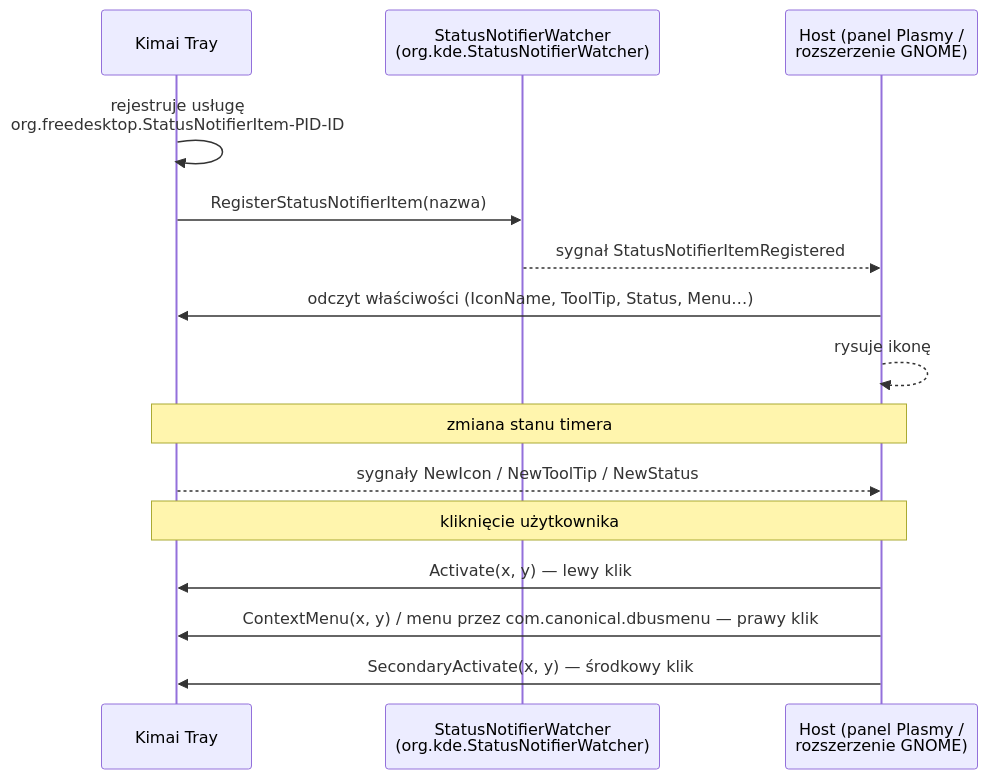
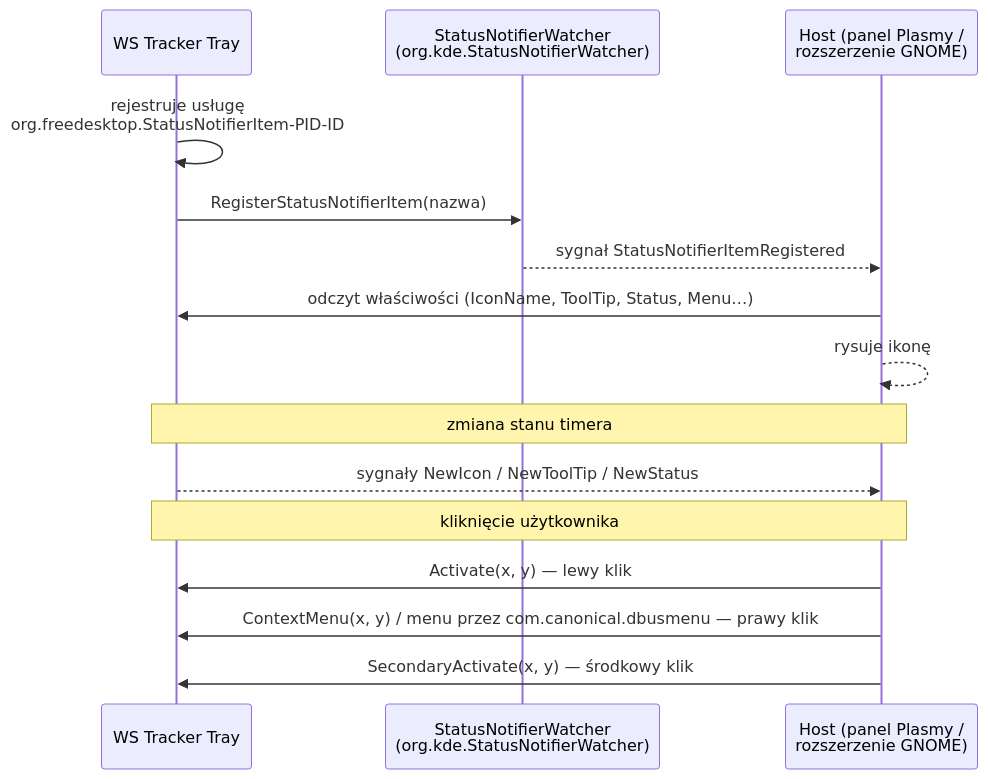
Before and after one commit to DragonKing026/DK-Tracker-Linux: the diagram in docs/integracje/statusnotifieritem.md, drawn with Mermaid. The commit also changed other lines of this file and 66 other files, not shown here.

Commit message:
docs: nazwa WS Tracker Tray w dokumentacji, planie 4 i zadaniach

````diff
--- a/docs/integracje/statusnotifieritem.md
+++ b/docs/integracje/statusnotifieritem.md
@@ -20,17 +20,17 @@
 ```mermaid
 sequenceDiagram
-    participant App as Kimai Tray
+    participant App as WS Tracker Tray
     participant W as StatusNotifierWatcher<br/>(org.kde.StatusNotifierWatcher)
     participant H as Host (panel Plasmy /<br/>rozszerzenie GNOME)
     App->>App: rejestruje usługę<br/>org.freedesktop.StatusNotifierItem-PID-ID
     App->>W: RegisterStatusNotifierItem(nazwa)
     W-->>H: sygnał StatusNotifierItemRegistered
     H->>App: odczyt właściwości (IconName, ToolTip, Status, Menu…)
     H-->>H: rysuje ikonę
     Note over App,H: zmiana stanu timera
     App-->>H: sygnały NewIcon / NewToolTip / NewStatus
     Note over App,H: kliknięcie użytkownika
     H->>App: Activate(x, y) — lewy klik
     H->>App: ContextMenu(x, y) / menu przez com.canonical.dbusmenu — prawy klik
     H->>App: SecondaryActivate(x, y) — środkowy klik
 ```
````
